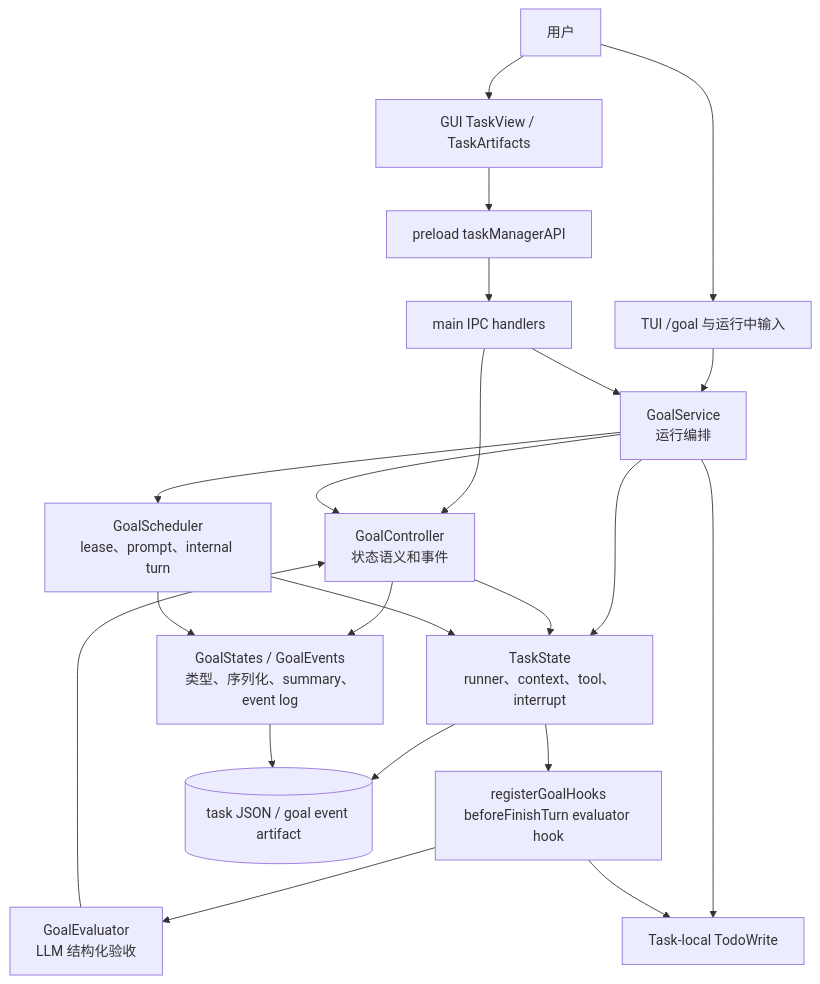
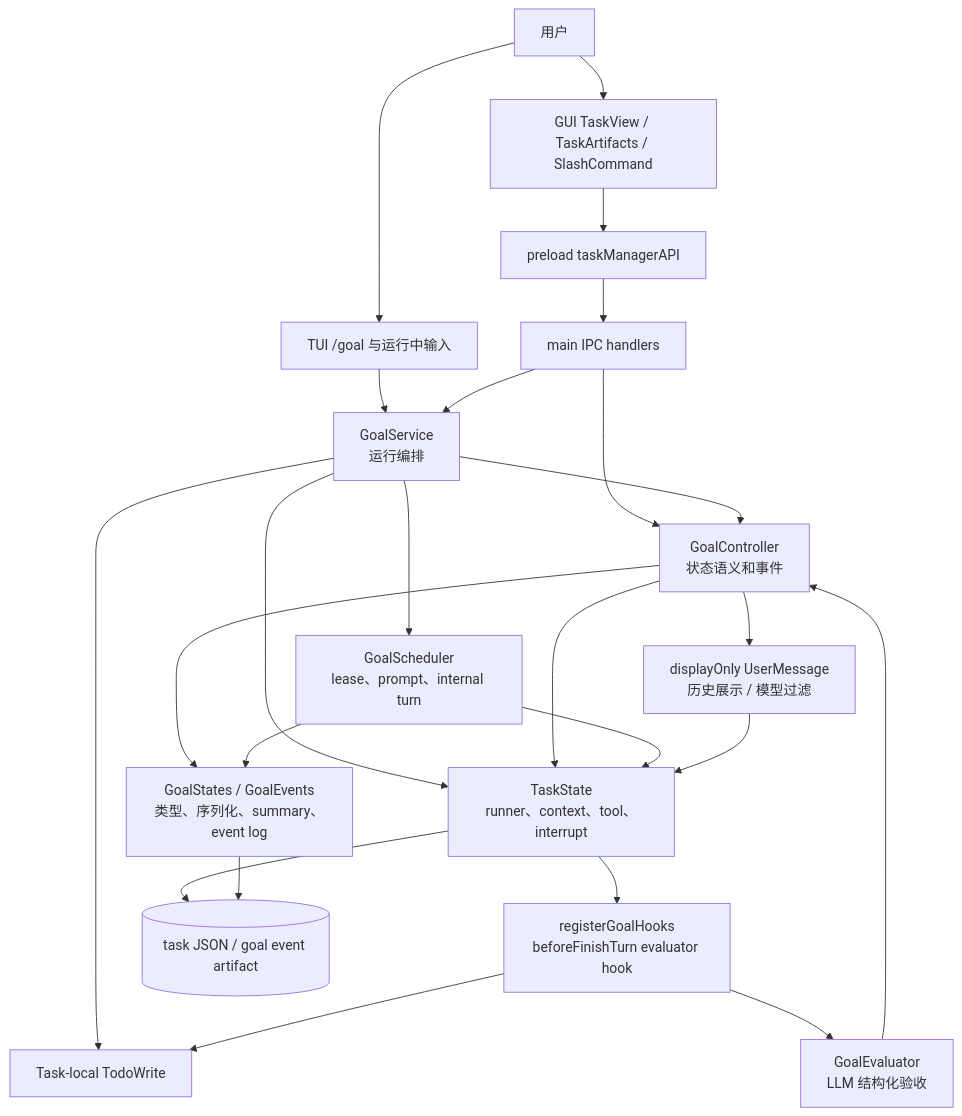
The first of 2 diagrams in docs/goal-recent-commits-architecture-review.md (ChaowuBest/opendesk-web), drawn with Mermaid before and after one commit. The commit also changed other lines of this file and 33 other files, not shown here.

````diff
--- a/docs/goal-recent-commits-architecture-review.md
+++ b/docs/goal-recent-commits-architecture-review.md
@@ -42,43 +48,46 @@
 ```mermaid
 flowchart TB
     User[用户]
     TUI[TUI /goal 与运行中输入]
-    GUI[GUI TaskView / TaskArtifacts]
+    GUI[GUI TaskView / TaskArtifacts / SlashCommand]
     Preload[preload taskManagerAPI]
     IPC[main IPC handlers]
 
     Service[GoalService\n运行编排]
     Controller[GoalController\n状态语义和事件]
     State[GoalStates / GoalEvents\n类型、序列化、summary、event log]
     Scheduler[GoalScheduler\nlease、prompt、internal turn]
 
     Task[TaskState\nrunner、context、tool、interrupt]
+    DisplayOnly[displayOnly UserMessage\n历史展示 / 模型过滤]
     Hooks[registerGoalHooks\nbeforeFinishTurn evaluator hook]
     Evaluator[GoalEvaluator\nLLM 结构化验收]
     Todo[Task-local TodoWrite]
     Storage[(task JSON / goal event artifact)]
 
     User --> TUI
     User --> GUI
     GUI --> Preload --> IPC
     TUI --> Service
     IPC --> Service
     IPC --> Controller
 
     Service --> Controller
     Service --> Scheduler
     Service --> Todo
     Service --> Task
     Controller --> State
     Controller --> Task
+    Controller --> DisplayOnly
     Scheduler --> Task
     Scheduler --> State
 
+    DisplayOnly --> Task
     Task --> Hooks
     Hooks --> Todo
     Hooks --> Evaluator
     Evaluator --> Controller
 
     Task --> Storage
     State --> Storage
 ```
````
